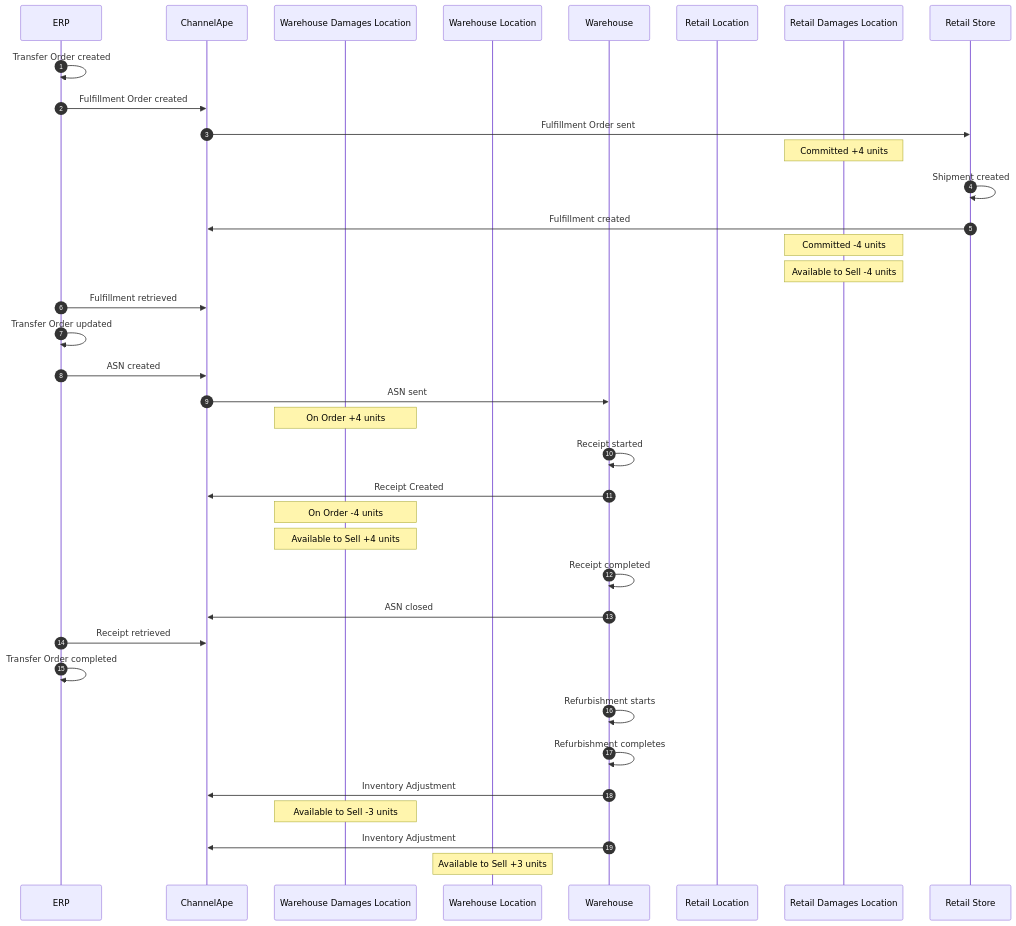
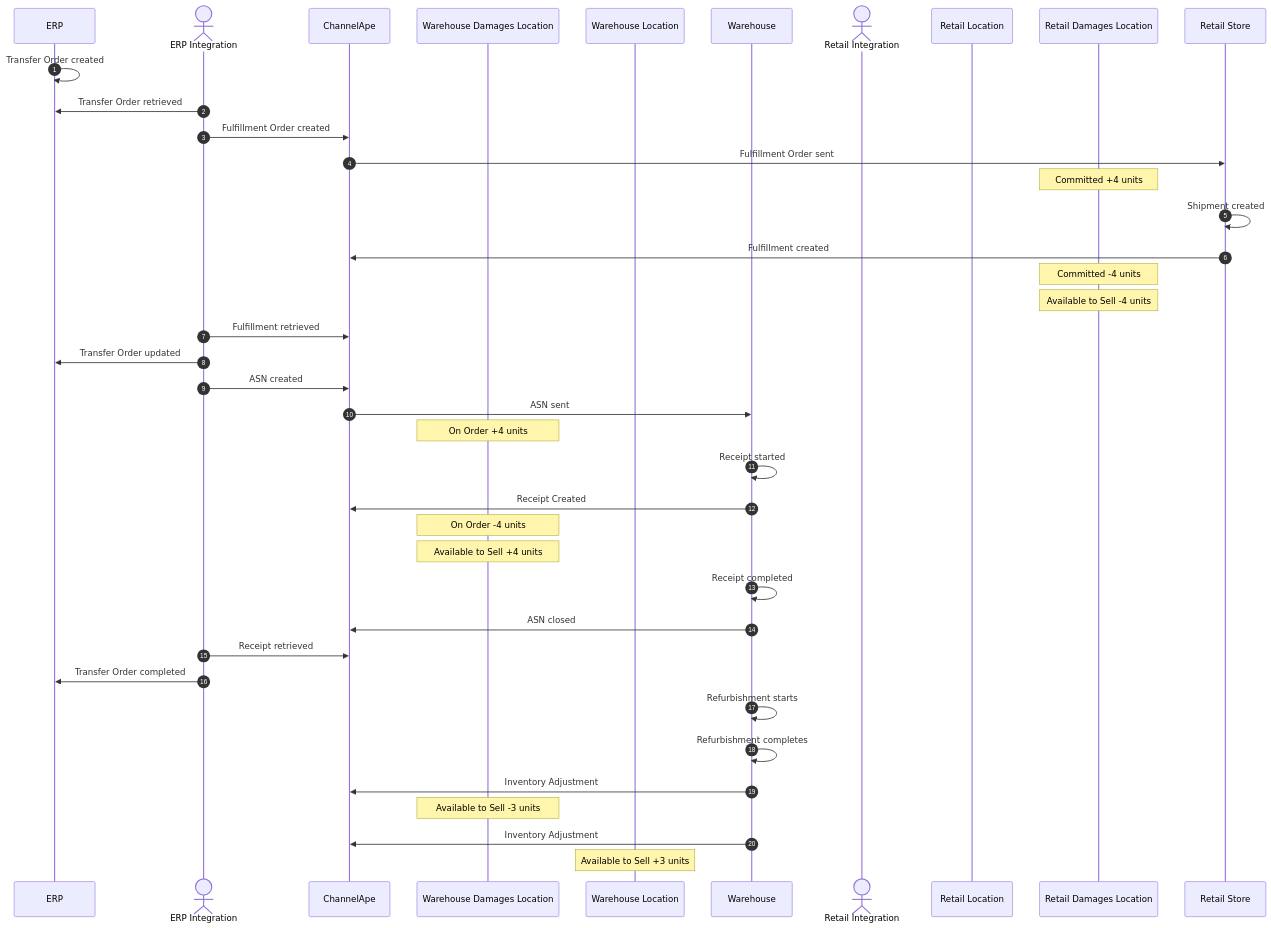
Before and after one commit to ChannelApe/channelape-docs: the sixth of 6 diagrams in data-flows/transfer-orders/README.md, drawn with Mermaid. The commit also changed other lines of this file, not shown here.

Commit message:
Added ERP Integration actor

````diff
--- a/data-flows/transfer-orders/README.md
+++ b/data-flows/transfer-orders/README.md
@@ -357,55 +377,59 @@
 ```mermaid
 sequenceDiagram
     autonumber
     participant ERP
+    actor ERP Integration
     participant ChannelApe
     participant Warehouse Damages Location
     participant Warehouse Location
     participant Warehouse
+    actor Retail Integration
     participant Retail Location
     participant Retail Damages Location
     participant Retail Store
 
     ERP->>ERP: Transfer Order created
-    ERP->>ChannelApe: Fulfillment Order created
+
+    ERP Integration->>ERP: Transfer Order retrieved
+    ERP Integration->>ChannelApe: Fulfillment Order created
 
     ChannelApe->>Retail Store: Fulfillment Order sent
     note over Retail Damages Location: Committed +4 units
     
     Retail Store->>Retail Store: Shipment created
 
     Retail Store->>ChannelApe: Fulfillment created
     note over Retail Damages Location: Committed -4 units
     note over Retail Damages Location: Available to Sell -4 units
     
-    ERP->>ChannelApe: Fulfillment retrieved
-    ERP->>ERP: Transfer Order updated
-    ERP->>ChannelApe: ASN created
+    ERP Integration->>ChannelApe: Fulfillment retrieved
+    ERP Integration->>ERP: Transfer Order updated
+    ERP Integration->>ChannelApe: ASN created
 
     ChannelApe->>Warehouse: ASN sent
     note over Warehouse Damages Location: On Order +4 units
 
     Warehouse->>Warehouse: Receipt started
 
     Warehouse->>ChannelApe: Receipt Created
     note over Warehouse Damages Location: On Order -4 units
     note over Warehouse Damages Location: Available to Sell +4 units
 
     Warehouse->>Warehouse: Receipt completed
 
     Warehouse->>ChannelApe: ASN closed
 
-    ERP->>ChannelApe: Receipt retrieved
+    ERP Integration->>ChannelApe: Receipt retrieved
 
-    ERP->>ERP: Transfer Order completed
+    ERP Integration->>ERP: Transfer Order completed
 
     Warehouse->>Warehouse: Refurbishment starts
 
     Warehouse->>Warehouse: Refurbishment completes
 
     Warehouse->>ChannelApe: Inventory Adjustment
     note over Warehouse Damages Location: Available to Sell -3 units
 
     Warehouse->>ChannelApe: Inventory Adjustment
     note over Warehouse Location: Available to Sell +3 units
 ```
````
